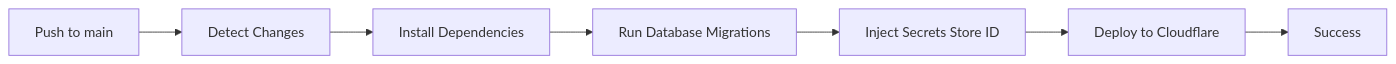
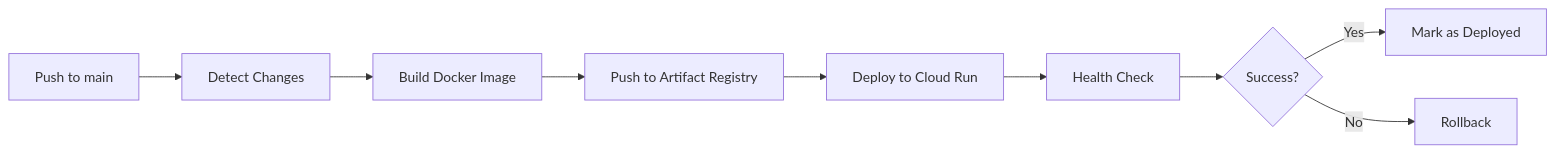
One commit to yuriolive/learning-infra changed the diagram in docs/deployment/CONTROL_PLANE.md. Above: the diagram before and after it, drawn with Mermaid. The commit also changed other lines of this file and 76 other files, not shown here.

````diff
--- a/docs/deployment/CONTROL_PLANE.md
+++ b/docs/deployment/CONTROL_PLANE.md
@@ -59,9 +153,11 @@
 ```mermaid
 graph LR
     A[Push to main] --> B[Detect Changes]
-    B --> C[Install Dependencies]
-    C --> D[Run Database Migrations]
-    D --> E[Inject Secrets Store ID]
-    E --> F[Deploy to Cloudflare]
-    F --> G[Success]
+    B --> C[Build Docker Image]
+    C --> D[Push to Artifact Registry]
+    D --> E[Deploy to Cloud Run]
+    E --> F[Health Check]
+    F --> G{Success?}
+    G -->|Yes| H[Mark as Deployed]
+    G -->|No| I[Rollback]
 ```
````
